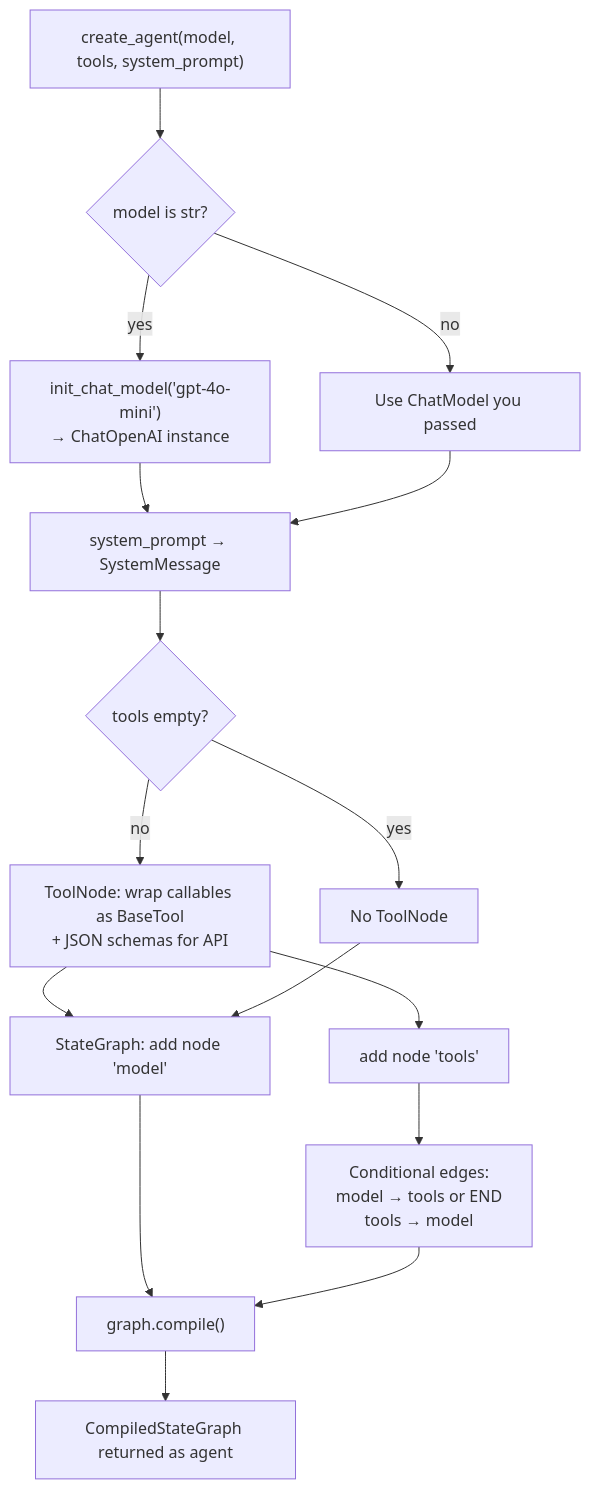
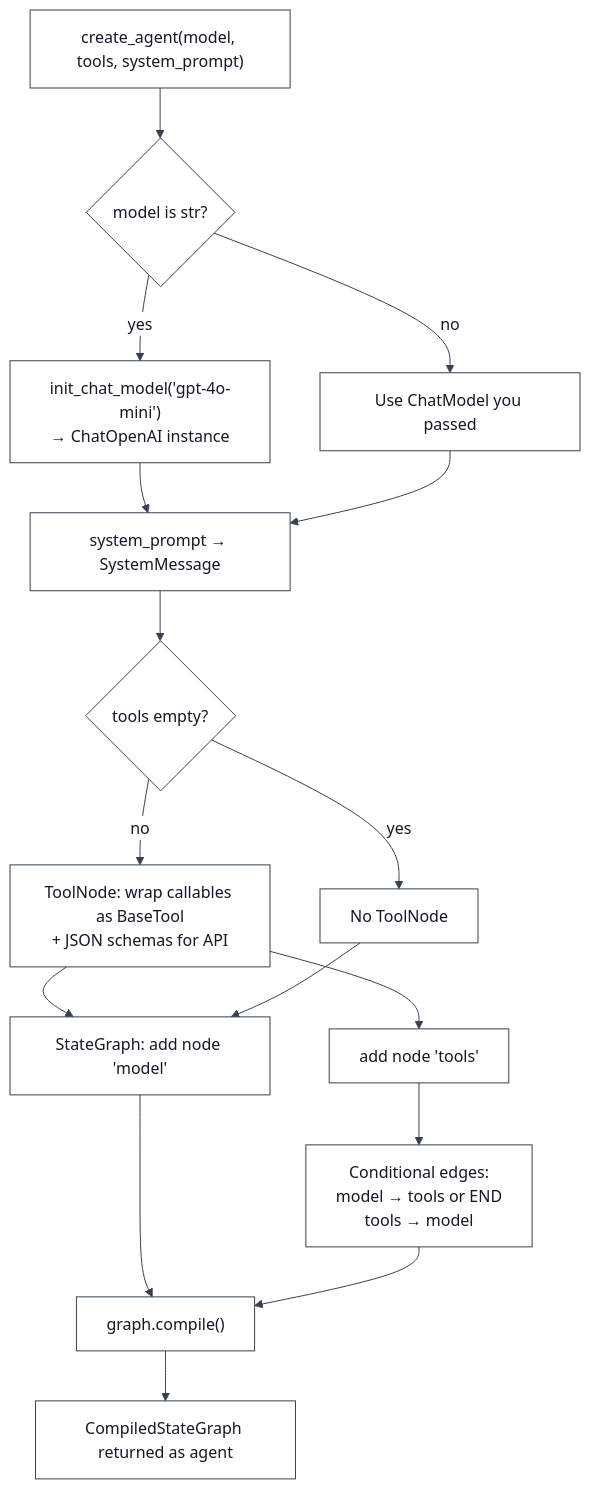
Before and after one commit to rahusri2/Agentic_AI: the seventh of 10 diagrams in updatedlangchain/reference/README.md, drawn with Mermaid. The commit also changed other lines of this file and 1 other file, not shown here.

````diff
--- a/updatedlangchain/reference/README.md
+++ b/updatedlangchain/reference/README.md
@@ -167,18 +178,19 @@
 ```mermaid
+%%{init: {"theme":"base","themeVariables":{"primaryColor":"#ffffff","primaryTextColor":"#111827","primaryBorderColor":"#374151","lineColor":"#374151","mainBkg":"#ffffff","nodeTextColor":"#111827"}}}%%
 flowchart TD
   A["create_agent(model, tools, system_prompt)"] --> B{model is str?}
   B -->|yes| C["init_chat_model('gpt-4o-mini')<br/>→ ChatOpenAI instance"]
   B -->|no| D[Use ChatModel you passed]
   C --> E[system_prompt → SystemMessage]
   D --> E
   E --> F{tools empty?}
   F -->|no| G["ToolNode: wrap callables as BaseTool<br/>+ JSON schemas for API"]
   F -->|yes| H[No ToolNode]
   G --> I["StateGraph: add node 'model'"]
   H --> I
   G --> J["add node 'tools'"]
   J --> K["Conditional edges:<br/>model → tools or END<br/>tools → model"]
   I --> L["graph.compile()"]
   K --> L
   L --> M["CompiledStateGraph returned as agent"]
 ```
````
